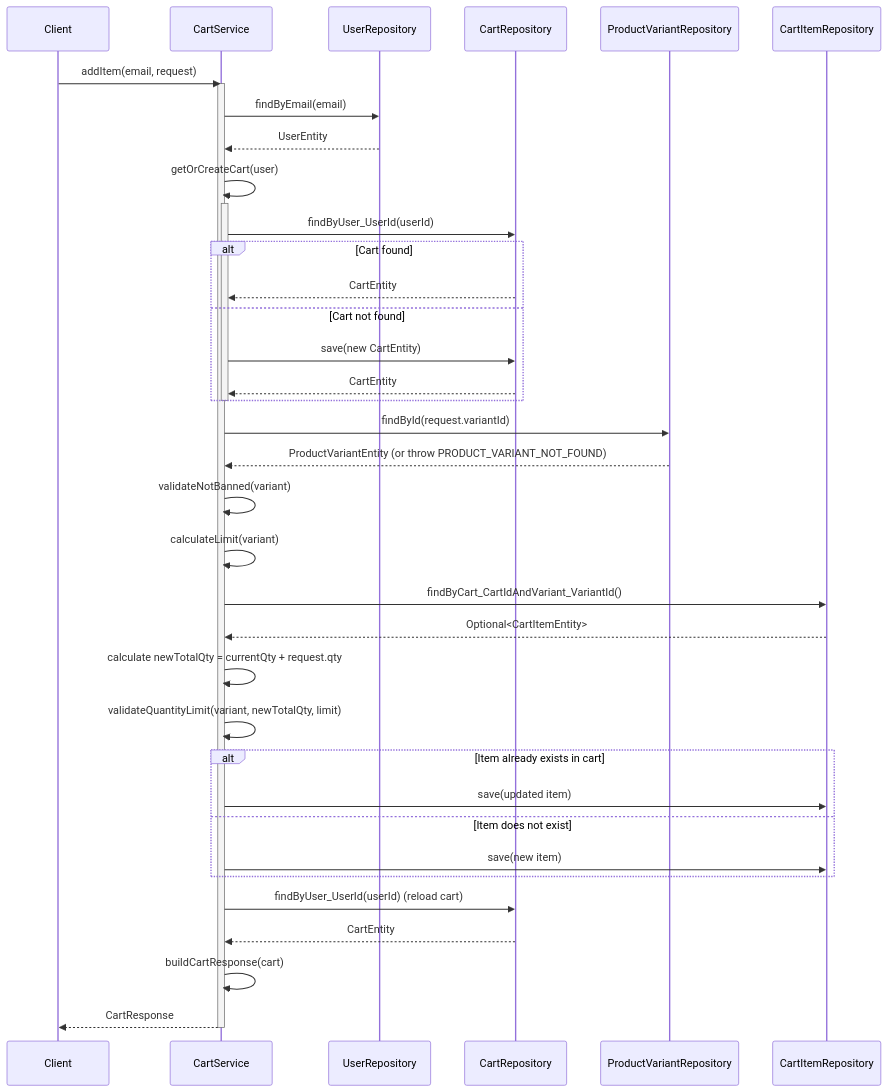
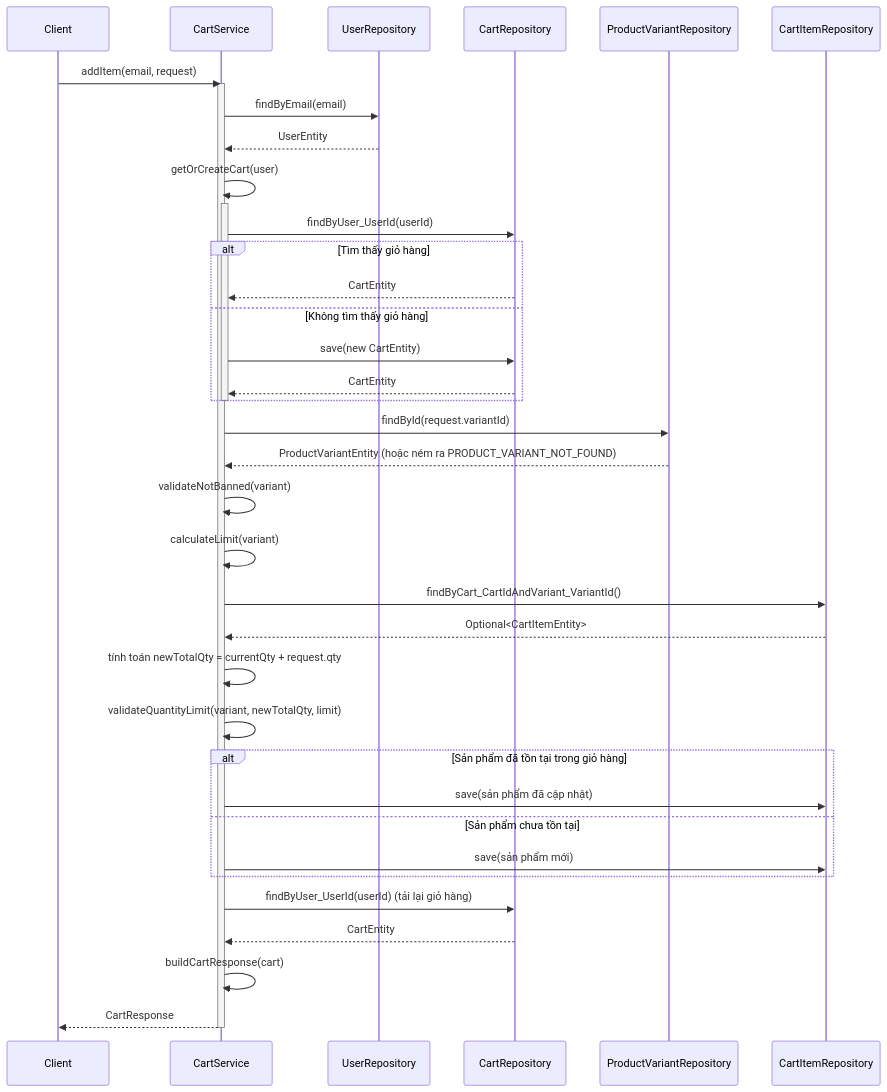
The second of 5 diagrams in .agent/sequence/cart_service_sequence_diagrams.md (aquoc09/easymall), drawn with Mermaid before and after one commit. The commit also changed other lines of this file and 18 other files, not shown here.

Commit message:
UPDATE: Sequence diagram vietnamese

````diff
--- a/.agent/sequence/cart_service_sequence_diagrams.md
+++ b/.agent/sequence/cart_service_sequence_diagrams.md
@@ -38,51 +38,51 @@
 ```mermaid
 sequenceDiagram
     participant Client
     participant CartService
     participant UserRepository
     participant CartRepository
     participant ProductVariantRepository
     participant CartItemRepository
 
     Client->>CartService: addItem(email, request)
     activate CartService
 
     CartService->>UserRepository: findByEmail(email)
     UserRepository-->>CartService: UserEntity
 
     CartService->>CartService: getOrCreateCart(user)
     activate CartService
     CartService->>CartRepository: findByUser_UserId(userId)
-    alt Cart found
+    alt Tìm thấy giỏ hàng
         CartRepository-->>CartService: CartEntity
-    else Cart not found
+    else Không tìm thấy giỏ hàng
         CartService->>CartRepository: save(new CartEntity)
         CartRepository-->>CartService: CartEntity
     end
     deactivate CartService
 
     CartService->>ProductVariantRepository: findById(request.variantId)
-    ProductVariantRepository-->>CartService: ProductVariantEntity (or throw PRODUCT_VARIANT_NOT_FOUND)
+    ProductVariantRepository-->>CartService: ProductVariantEntity (hoặc ném ra PRODUCT_VARIANT_NOT_FOUND)
 
     CartService->>CartService: validateNotBanned(variant)
     CartService->>CartService: calculateLimit(variant)
 
     CartService->>CartItemRepository: findByCart_CartIdAndVariant_VariantId()
     CartItemRepository-->>CartService: Optional<CartItemEntity>
 
-    CartService->>CartService: calculate newTotalQty = currentQty + request.qty
+    CartService->>CartService: tính toán newTotalQty = currentQty + request.qty
     CartService->>CartService: validateQuantityLimit(variant, newTotalQty, limit)
 
-    alt Item already exists in cart
-        CartService->>CartItemRepository: save(updated item)
-    else Item does not exist
-        CartService->>CartItemRepository: save(new item)
+    alt Sản phẩm đã tồn tại trong giỏ hàng
+        CartService->>CartItemRepository: save(sản phẩm đã cập nhật)
+    else Sản phẩm chưa tồn tại
+        CartService->>CartItemRepository: save(sản phẩm mới)
     end
 
-    CartService->>CartRepository: findByUser_UserId(userId) (reload cart)
+    CartService->>CartRepository: findByUser_UserId(userId) (tải lại giỏ hàng)
     CartRepository-->>CartService: CartEntity
     
     CartService->>CartService: buildCartResponse(cart)
     CartService-->>Client: CartResponse
     deactivate CartService
 ```
````
